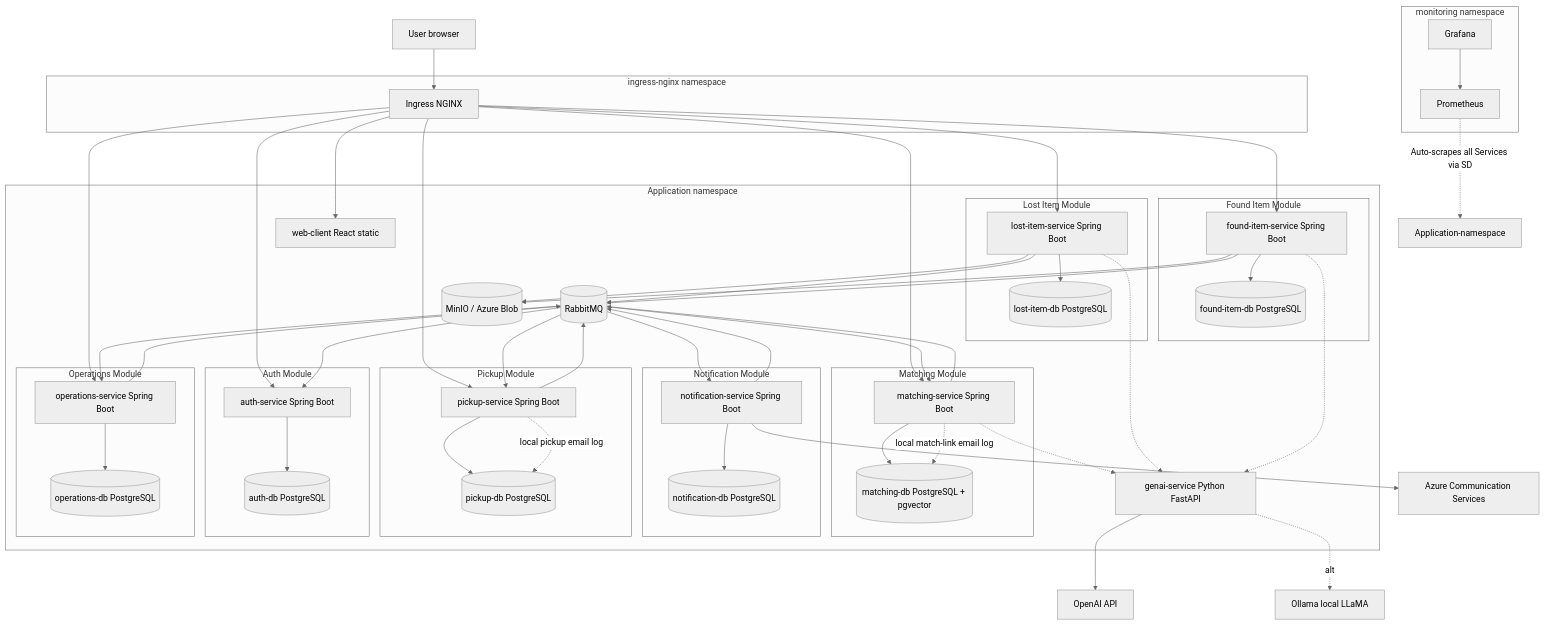
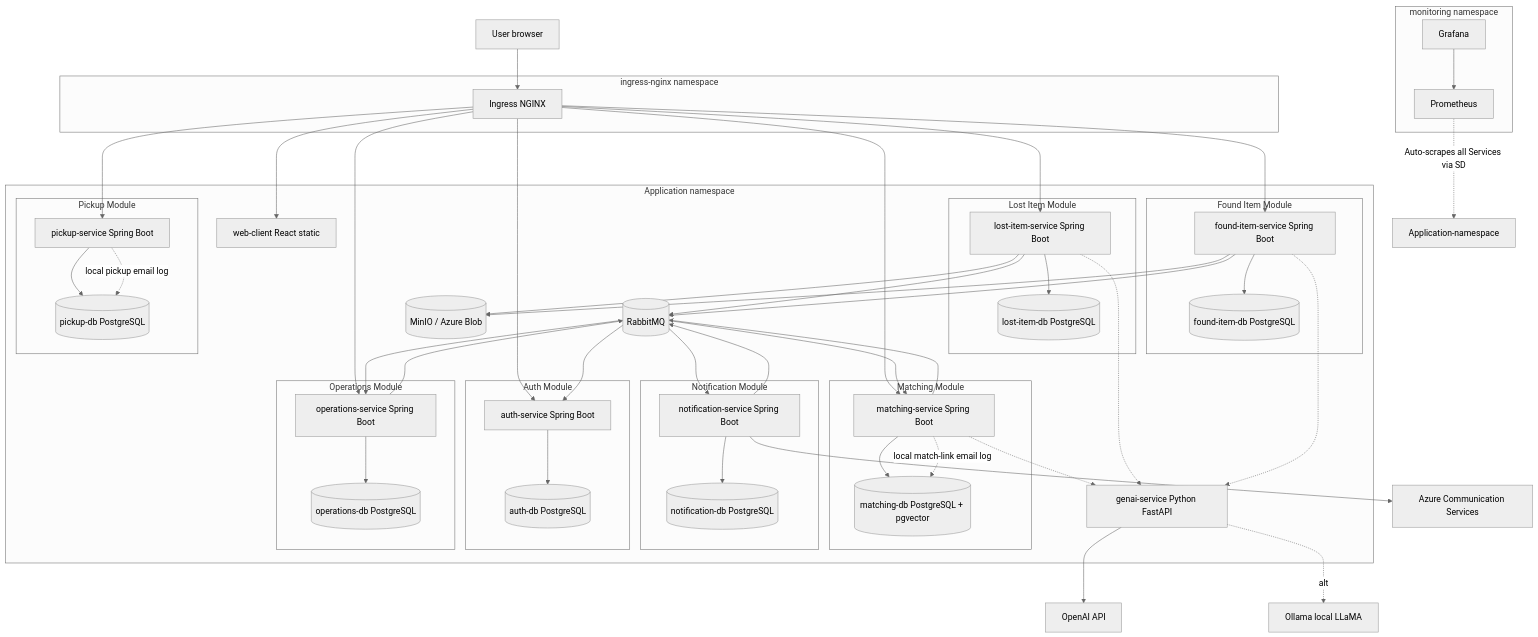
Before and after one commit to AET-DevOps26/team-chaos-monkeys: the diagram in docs/architecture.md, drawn with Mermaid (neutral theme). The commit also changed other lines of this file, not shown here.

Commit message:
docs: correct pickup-service event-flow claim in architecture diagram
The architecture overview claimed pickup belongs to the async event
flow, and the mermaid component diagram drew Rabbit ↔ Pickup edges
in both directions. The pickup-service module has no @RabbitListener,
no RabbitTemplate, and no events package: the public magic-link flow
and the staff schedule APIs are entirely REST/JWT. Drops the two
phantom edges from the diagram and rewrites the overview prose to
explicitly call out pickup as the service that stays synchronous
today.

Spotted while reviewing #166.

```diff
--- a/docs/architecture.md
+++ b/docs/architecture.md
@@ -198,12 +198,10 @@
     Found --> Rabbit
     Rabbit --> Match
     Rabbit --> Notif
-    Rabbit --> Pickup
     Rabbit --> Ops
     Rabbit --> Auth
     Match --> Rabbit
     Notif --> Rabbit
-    Pickup --> Rabbit
     Ops --> Rabbit
 
     %% GenAI Integration
```
